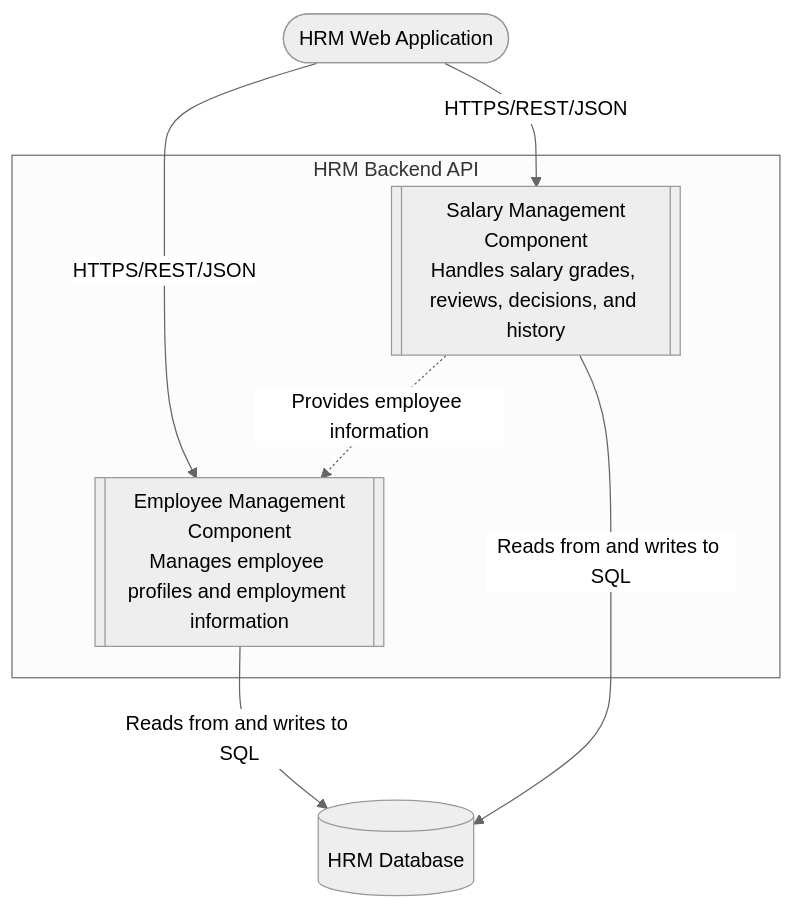
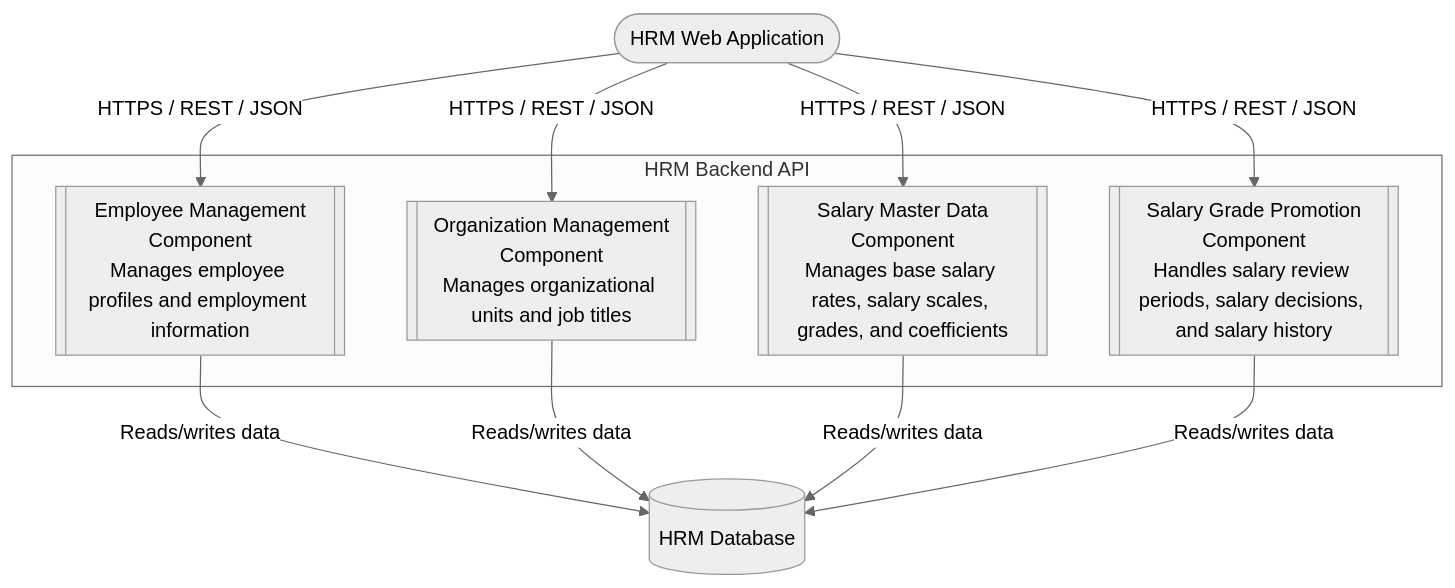
Before and after one commit to sang2197/QuanLyNhanSu-NguyenVanSang: the third of 3 diagrams in Docs/c4/README.md, drawn with Mermaid (neutral theme). The commit also changed other lines of this file and 30 other files, not shown here.

````diff
--- a/Docs/c4/README.md
+++ b/Docs/c4/README.md
@@ -58,17 +107,23 @@
 ```mermaid
 flowchart TB
     WEB([HRM Web Application])
 
     subgraph API["HRM Backend API"]
         EMP[["Employee Management<br/>Component<br/>Manages employee profiles and employment information"]]
-        SAL[["Salary Management<br/>Component<br/>Handles salary grades, reviews, decisions, and history"]]
+        ORG[["Organization Management<br/>Component<br/>Manages organizational units and job titles"]]
+        SAL[["Salary Master Data<br/>Component<br/>Manages base salary rates, salary scales, grades, and coefficients"]]
+        SGP[["Salary Grade Promotion<br/>Component<br/>Handles salary review periods, salary decisions, and salary history"]]
     end
 
     DB[("HRM Database")]
 
-    WEB -->|HTTPS/REST/JSON| EMP
-    WEB -->|HTTPS/REST/JSON| SAL
-    EMP -->|Reads from and writes to SQL| DB
-    SAL -->|Reads from and writes to SQL| DB
-    SAL -.->|Provides employee information| EMP
+    WEB -->|HTTPS / REST / JSON| EMP
+    WEB -->|HTTPS / REST / JSON| ORG
+    WEB -->|HTTPS / REST / JSON| SAL
+    WEB -->|HTTPS / REST / JSON| SGP
+
+    EMP -->|Reads/writes data| DB
+    ORG -->|Reads/writes data| DB
+    SAL -->|Reads/writes data| DB
+    SGP -->|Reads/writes data| DB
 ```
````
